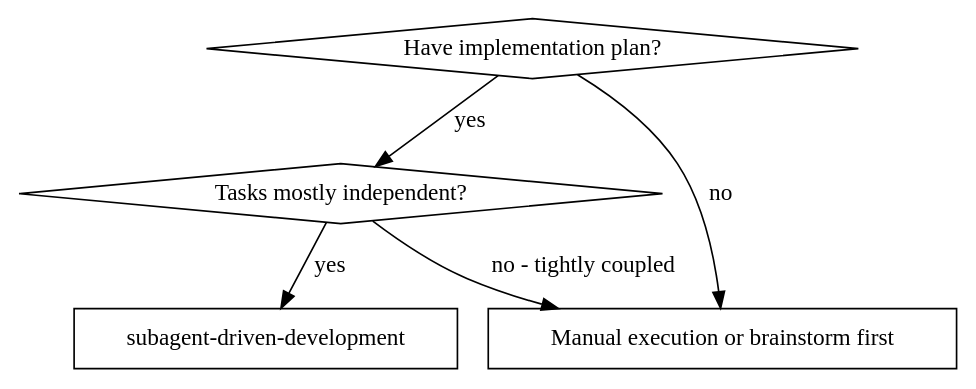
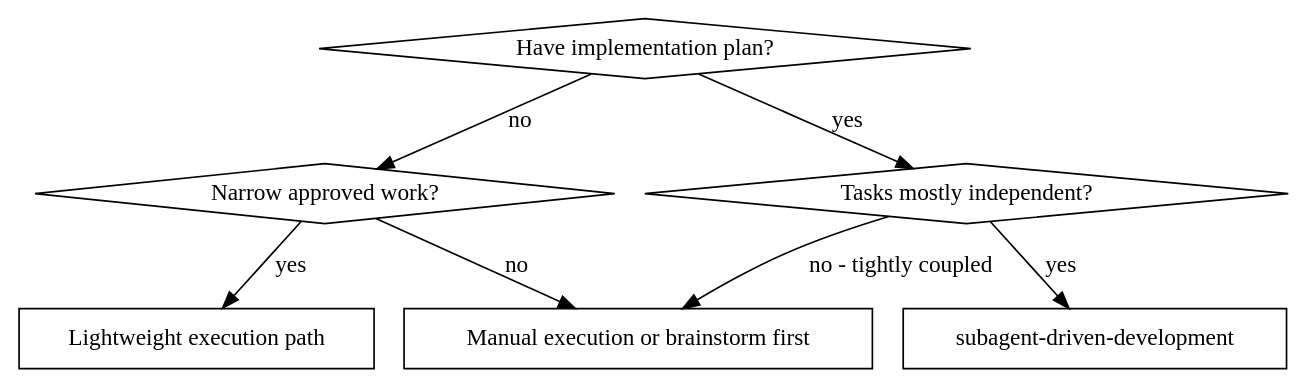
The first of 3 diagrams in skills/subagent-driven-development/SKILL.md (mlk1278/superpowers-workstack), drawn with Graphviz before and after one commit. The commit also changed other lines of this file and 16 other files, not shown here.

````diff
--- a/skills/subagent-driven-development/SKILL.md
+++ b/skills/subagent-driven-development/SKILL.md
@@ -20,13 +22,17 @@
 ```dot
 digraph when_to_use {
     "Have implementation plan?" [shape=diamond];
+    "Narrow approved work?" [shape=diamond];
     "Tasks mostly independent?" [shape=diamond];
     "subagent-driven-development" [shape=box];
+    "Lightweight execution path" [shape=box];
     "Manual execution or brainstorm first" [shape=box];
 
     "Have implementation plan?" -> "Tasks mostly independent?" [label="yes"];
-    "Have implementation plan?" -> "Manual execution or brainstorm first" [label="no"];
+    "Have implementation plan?" -> "Narrow approved work?" [label="no"];
+    "Narrow approved work?" -> "Lightweight execution path" [label="yes"];
+    "Narrow approved work?" -> "Manual execution or brainstorm first" [label="no"];
     "Tasks mostly independent?" -> "subagent-driven-development" [label="yes"];
     "Tasks mostly independent?" -> "Manual execution or brainstorm first" [label="no - tightly coupled"];
 }
 ```
````
